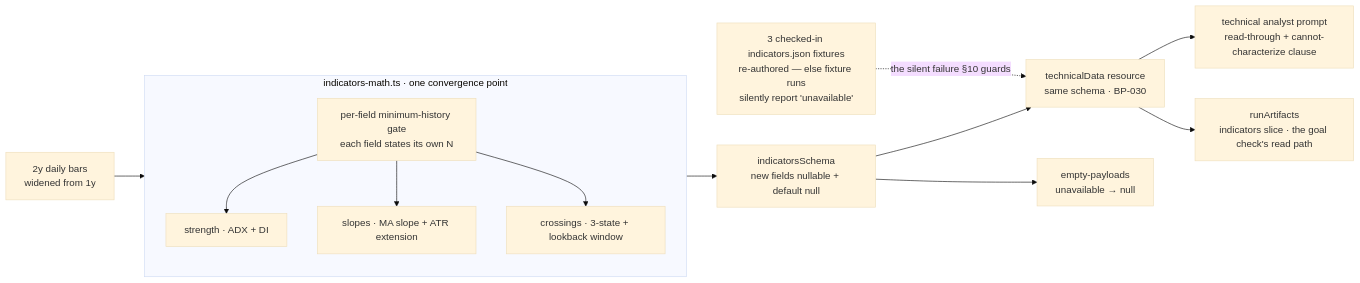
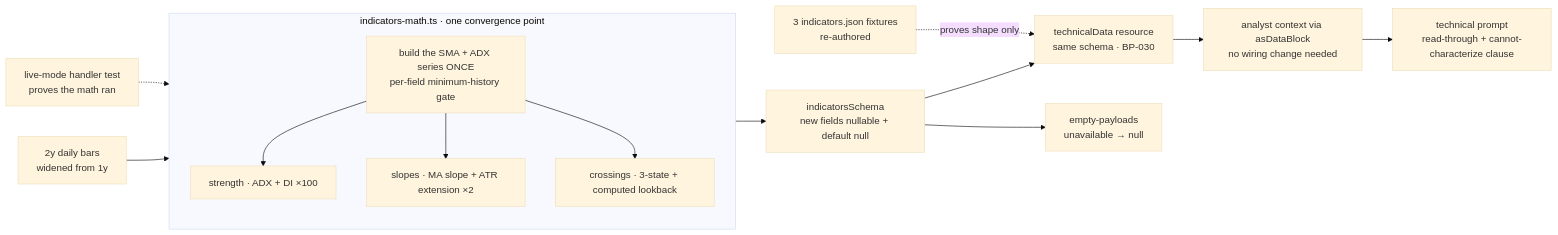
Before and after one commit to fixpoint-labs/flow-state-dev: the diagram in spec/FIX-826.md, drawn with Mermaid (base theme). The commit also changed other lines of this file, not shown here.

````diff
--- a/spec/FIX-826.md
+++ b/spec/FIX-826.md
@@ -275,18 +293,19 @@
 ```mermaid
 flowchart LR
   BARS[2y daily bars<br/>widened from 1y] --> MATH
   subgraph MATH[indicators-math.ts · one convergence point]
-    GATE[per-field minimum-history gate<br/>each field states its own N]
-    ADX[strength · ADX + DI]
-    SLOPE[slopes · MA slope + ATR extension]
-    XOVER[crossings · 3-state + lookback window]
-    GATE --> ADX & SLOPE & XOVER
+    SER[build the SMA + ADX series ONCE<br/>per-field minimum-history gate]
+    ADX[strength · ADX + DI ×100]
+    SLOPE[slopes · MA slope + ATR extension ×2]
+    XOVER[crossings · 3-state + computed lookback]
+    SER --> ADX & SLOPE & XOVER
   end
   MATH --> SCHEMA[indicatorsSchema<br/>new fields nullable + default null]
   SCHEMA --> SPINE[technicalData resource<br/>same schema · BP-030]
   SCHEMA --> EMPTY[empty-payloads<br/>unavailable → null]
-  SPINE --> PROMPT[technical analyst prompt<br/>read-through + cannot-characterize clause]
-  SPINE --> ART[runArtifacts<br/>indicators slice · the goal check's read path]
-  FIX[3 checked-in indicators.json fixtures<br/>re-authored — else fixture runs<br/>silently report 'unavailable']
-  FIX -.->|the silent failure §10 guards| SPINE
+  SPINE --> CTX[analyst context via asDataBlock<br/>no wiring change needed]
+  CTX --> PROMPT[technical prompt<br/>read-through + cannot-characterize clause]
+  FIX[3 indicators.json fixtures<br/>re-authored]
+  FIX -.->|proves shape only| SPINE
+  LIVE[live-mode handler test<br/>proves the math ran] -.-> MATH
 ```
````
